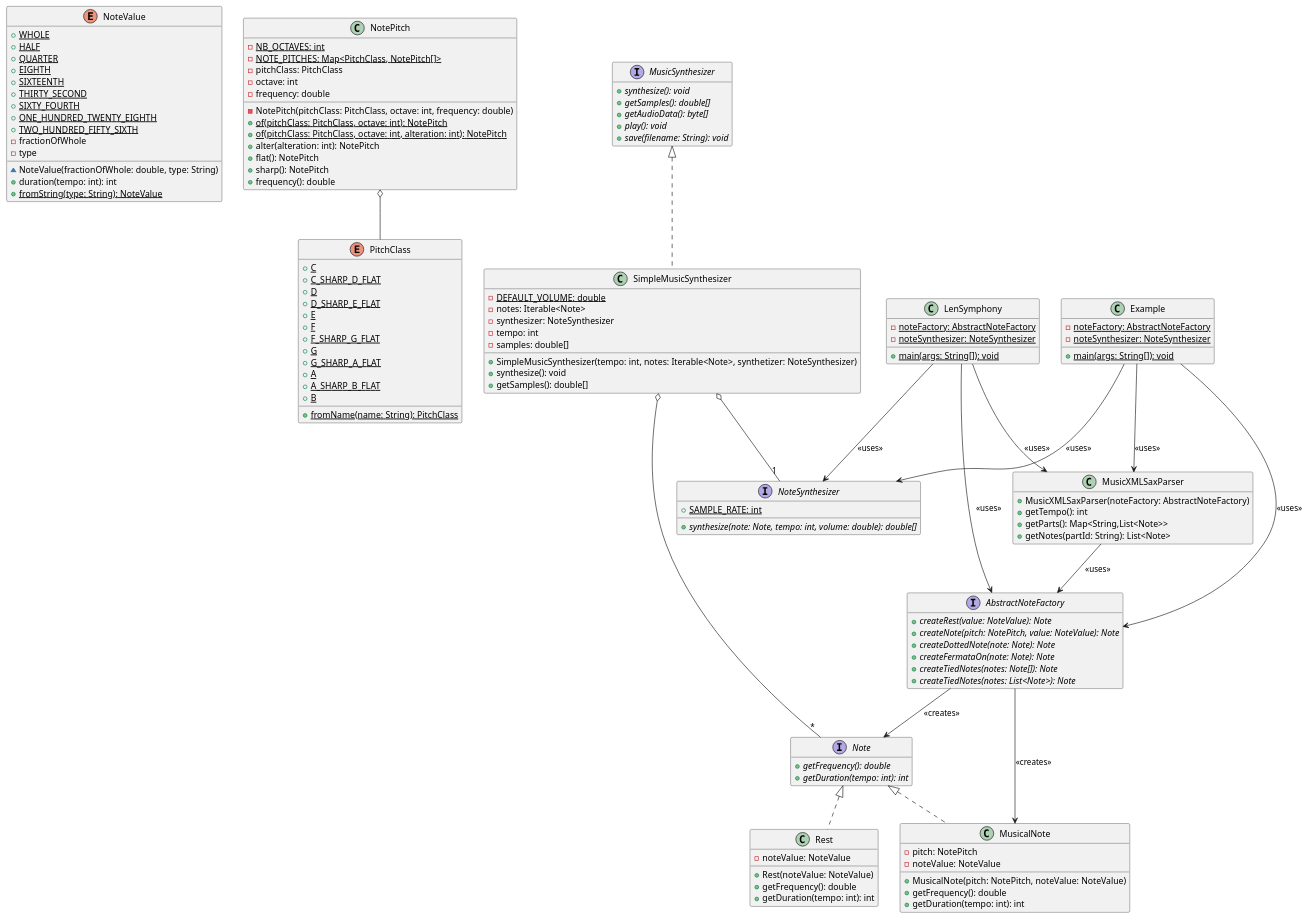
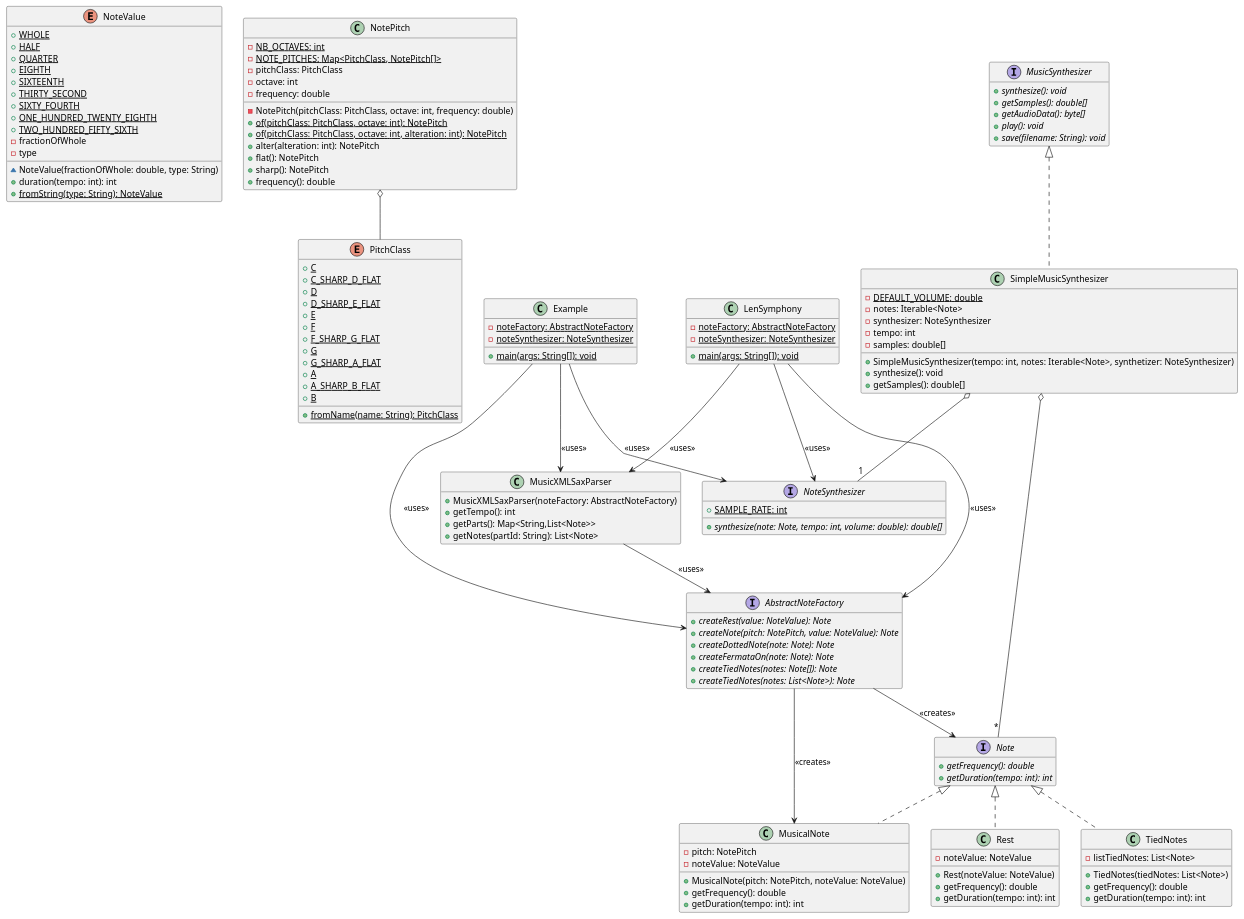
The diagram in README.md (Flamaiche/lensymphony), drawn with PlantUML before and after one commit. The commit also changed other lines of this file, not shown here.

Commit message:
Modification du diagramme de classe et le tableaux (Sprint 2 #9)

```diff
--- a/README.md
+++ b/README.md
@@ -89,6 +89,12 @@
 }
 
 
+class TiedNotes implements Note {
+    - listTiedNotes: List<Note>
+    + TiedNotes(tiedNotes: List<Note>)
+    + getFrequency(): double
+    + getDuration(tempo: int): int
+}
 
 interface AbstractNoteFactory {
     + {abstract} createRest(value: NoteValue): Note
```
